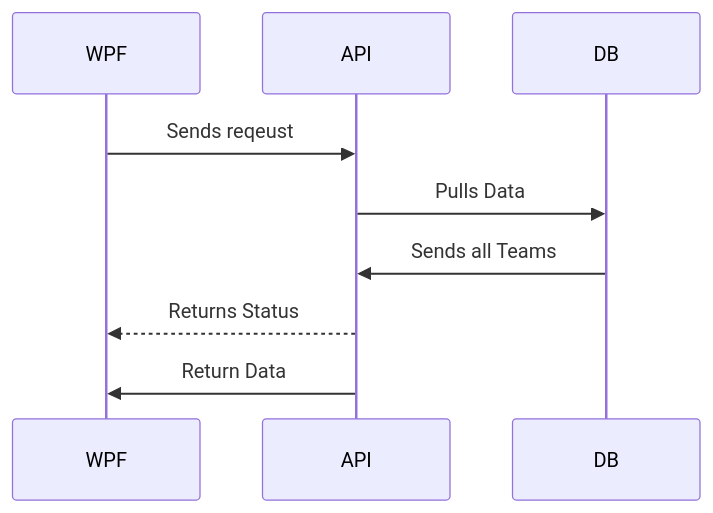
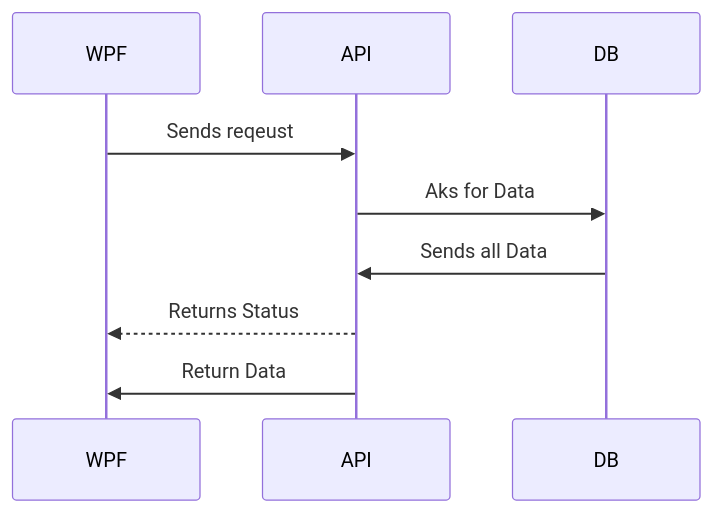
Before and after one commit to ThisIsCed/CSGO-TEAM-API: the second of 4 diagrams in README.md, drawn with Mermaid.

Commit message:
minor changes

````diff
--- a/README.md
+++ b/README.md
@@ -112,8 +112,8 @@
 ```mermaid
 sequenceDiagram
 WPF->> API: Sends reqeust
-API->> DB: Pulls Data
-DB ->> API: Sends all Teams
+API->> DB: Aks for Data
+DB ->> API: Sends all Data
 API -->> WPF: Returns Status
 API ->> WPF: Return Data
 ```
````
